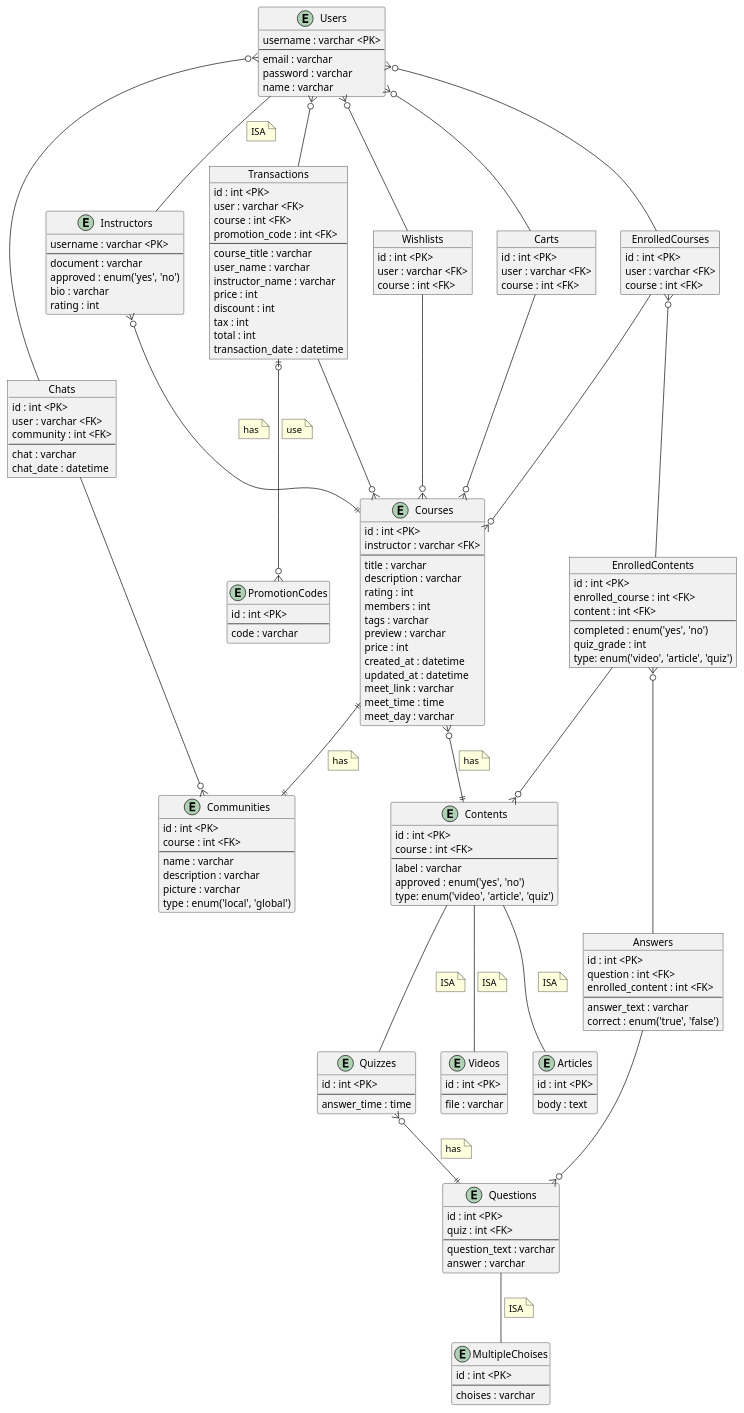
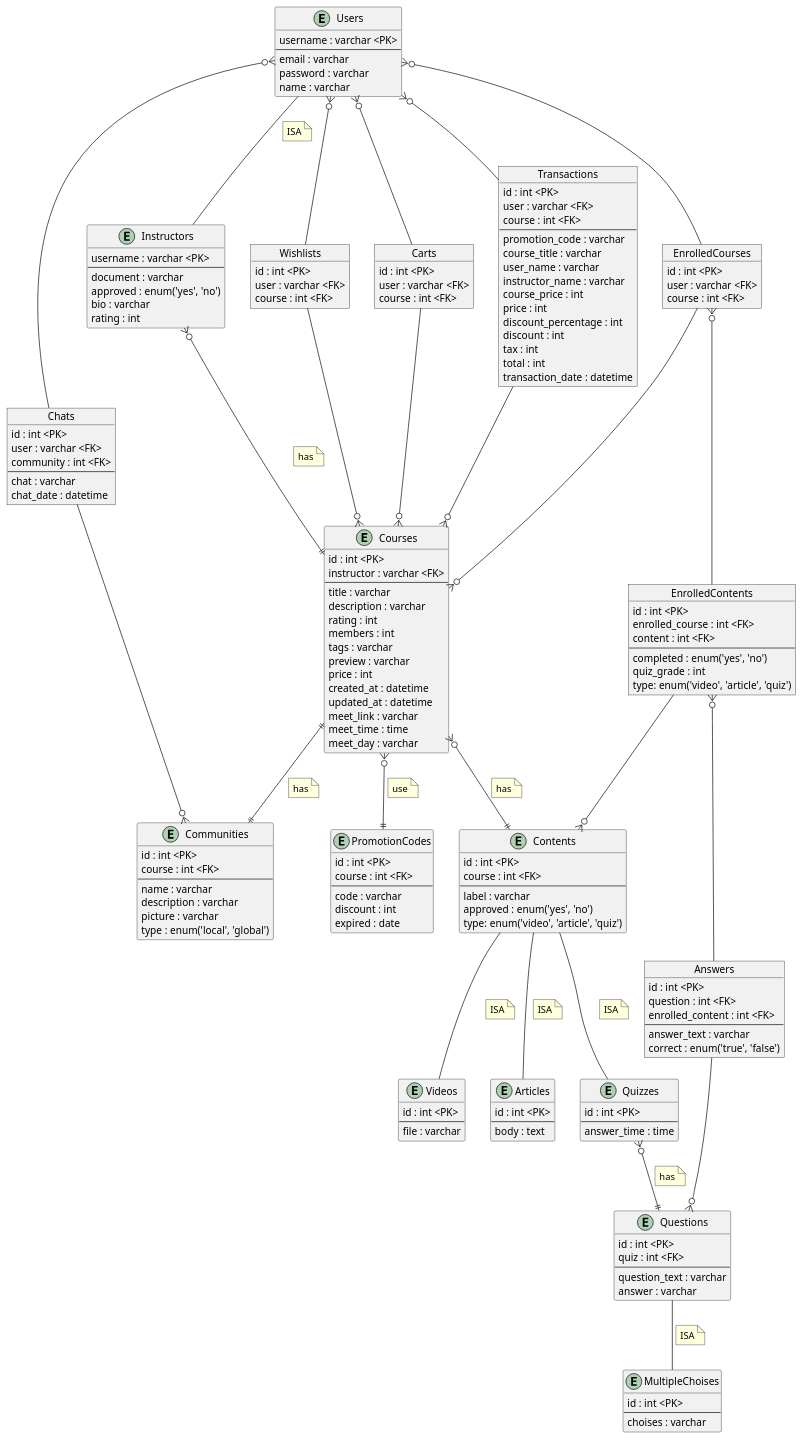
The diagram in docs/diagrams/entity-relationship.puml (iqmalakur/LearNteach), drawn with PlantUML before and after one commit. The commit also changed 5 other files, not shown here.

```diff
--- a/docs/diagrams/entity-relationship.puml
+++ b/docs/diagrams/entity-relationship.puml
@@ -67,20 +67,25 @@
 
 entity PromotionCodes {
     id : int <PK>
+    course : int <FK>
     --
     code : varchar
+    discount : int
+    expired : date
 }
 
 object Transactions {
     id : int <PK>
     user : varchar <FK>
     course : int <FK>
-    promotion_code : int <FK>
     --
+    promotion_code : varchar
     course_title : varchar
     user_name : varchar
     instructor_name : varchar
+    course_price : int
     price : int
+    discount_percentage : int
     discount : int
     tax : int
     total : int
@@ -170,7 +175,7 @@
     has
 end note
 
-Transactions |o--o{ PromotionCodes
+Courses }o--|| PromotionCodes
 note on link
     use
 end note
```
